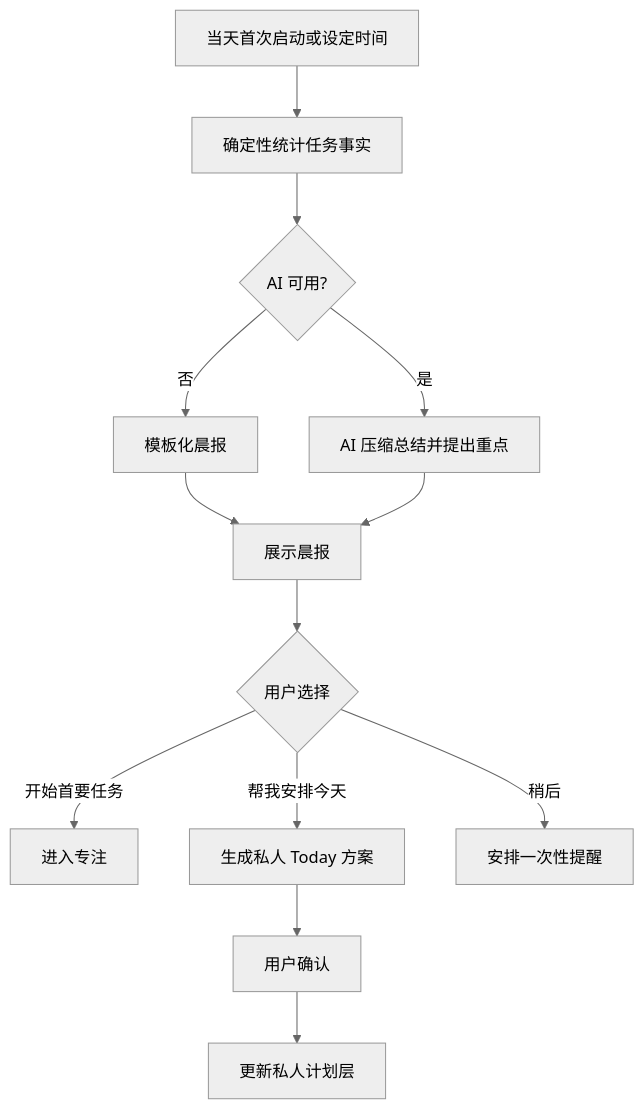
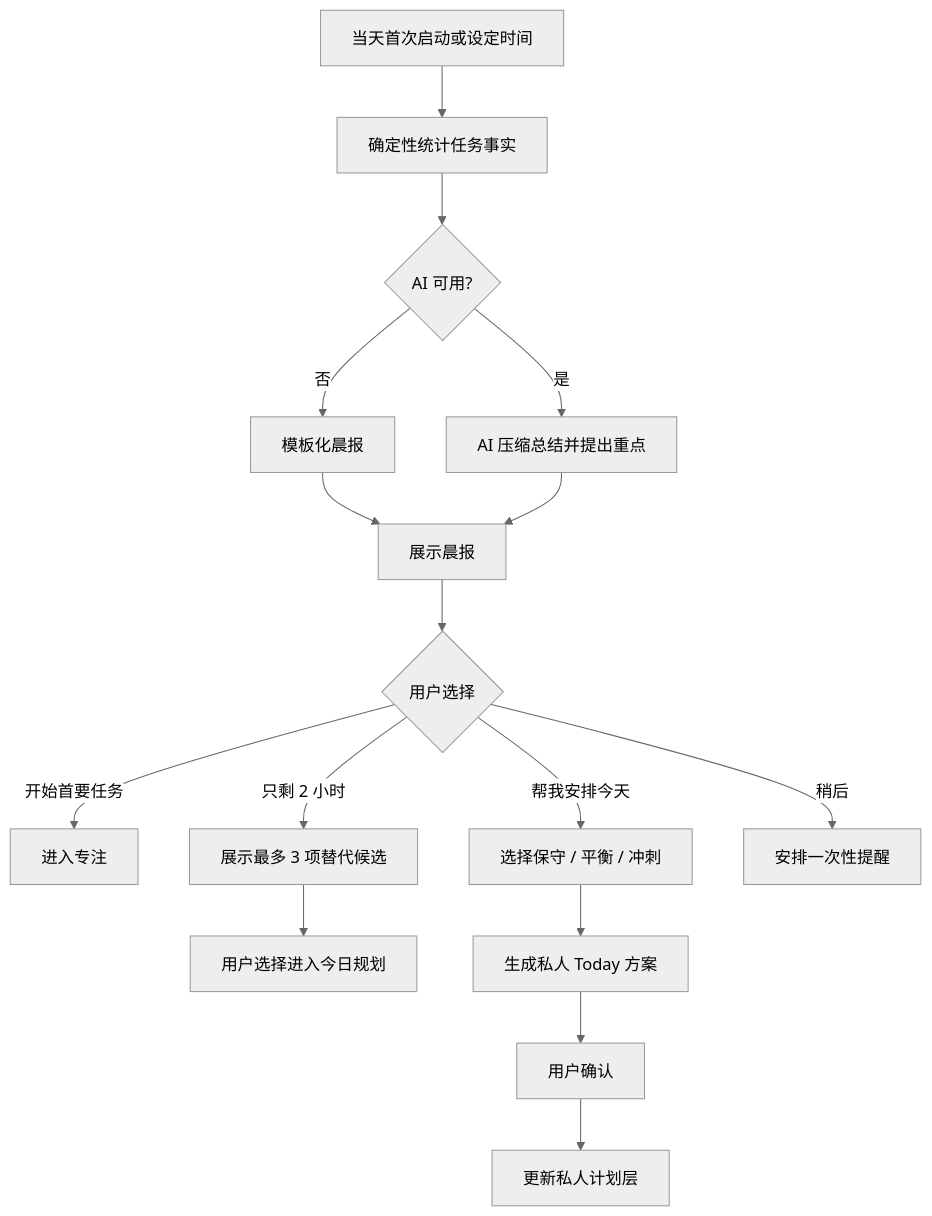
One commit to BrotherHappy/TodoAgent changed the fifth of 11 diagrams in docs/UX_INFORMATION_ARCHITECTURE.md. Above: the diagram before and after it, drawn with Mermaid (neutral theme). The commit also changed other lines of this file and 138 other files, not shown here.

````diff
--- a/docs/UX_INFORMATION_ARCHITECTURE.md
+++ b/docs/UX_INFORMATION_ARCHITECTURE.md
@@ -210,15 +244,18 @@
 ```mermaid
 flowchart TD
     A[当天首次启动或设定时间] --> B[确定性统计任务事实]
     B --> C{AI 可用?}
     C -- 否 --> D[模板化晨报]
     C -- 是 --> E[AI 压缩总结并提出重点]
     D --> F[展示晨报]
     E --> F
     F --> G{用户选择}
     G -- 开始首要任务 --> H[进入专注]
-    G -- 帮我安排今天 --> I[生成私人 Today 方案]
-    I --> J[用户确认]
-    J --> K[更新私人计划层]
-    G -- 稍后 --> L[安排一次性提醒]
+    G -- 只剩 2 小时 --> N[展示最多 3 项替代候选]
+    N --> O[用户选择进入今日规划]
+    G -- 帮我安排今天 --> I[选择保守 / 平衡 / 冲刺]
+    I --> J[生成私人 Today 方案]
+    J --> K[用户确认]
+    K --> L[更新私人计划层]
+    G -- 稍后 --> M[安排一次性提醒]
 ```
````
